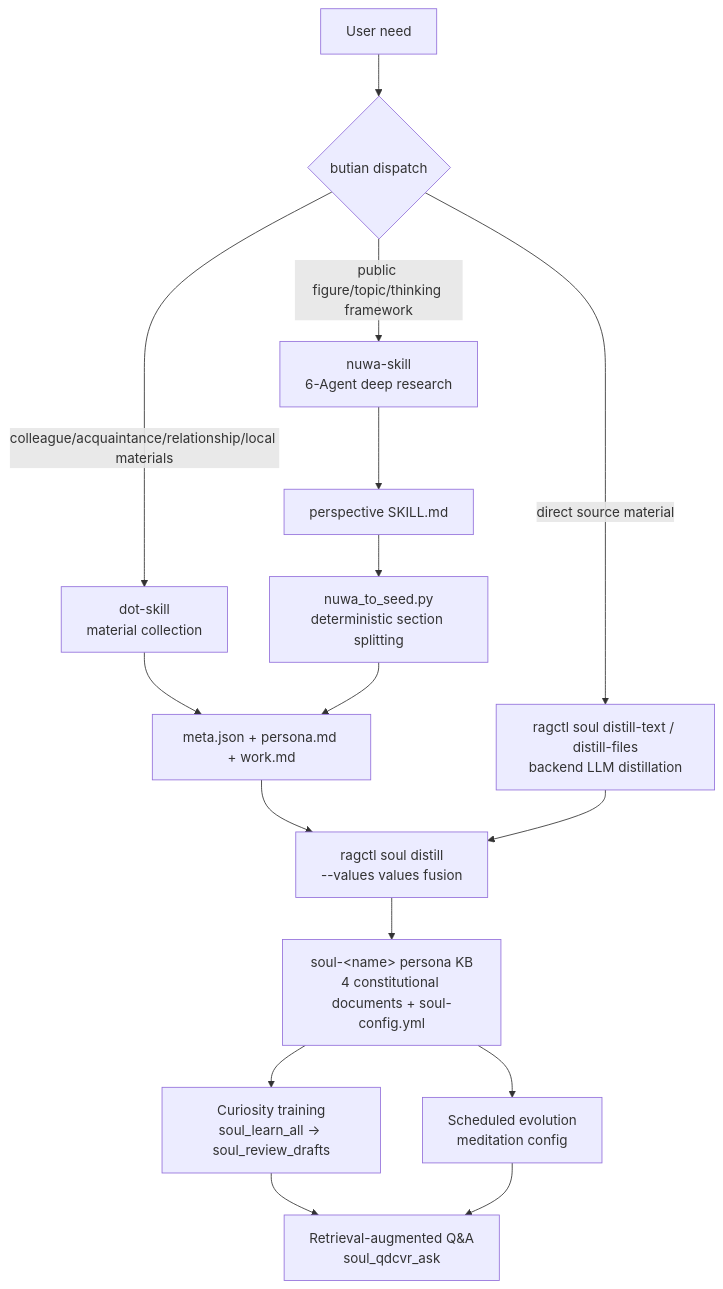
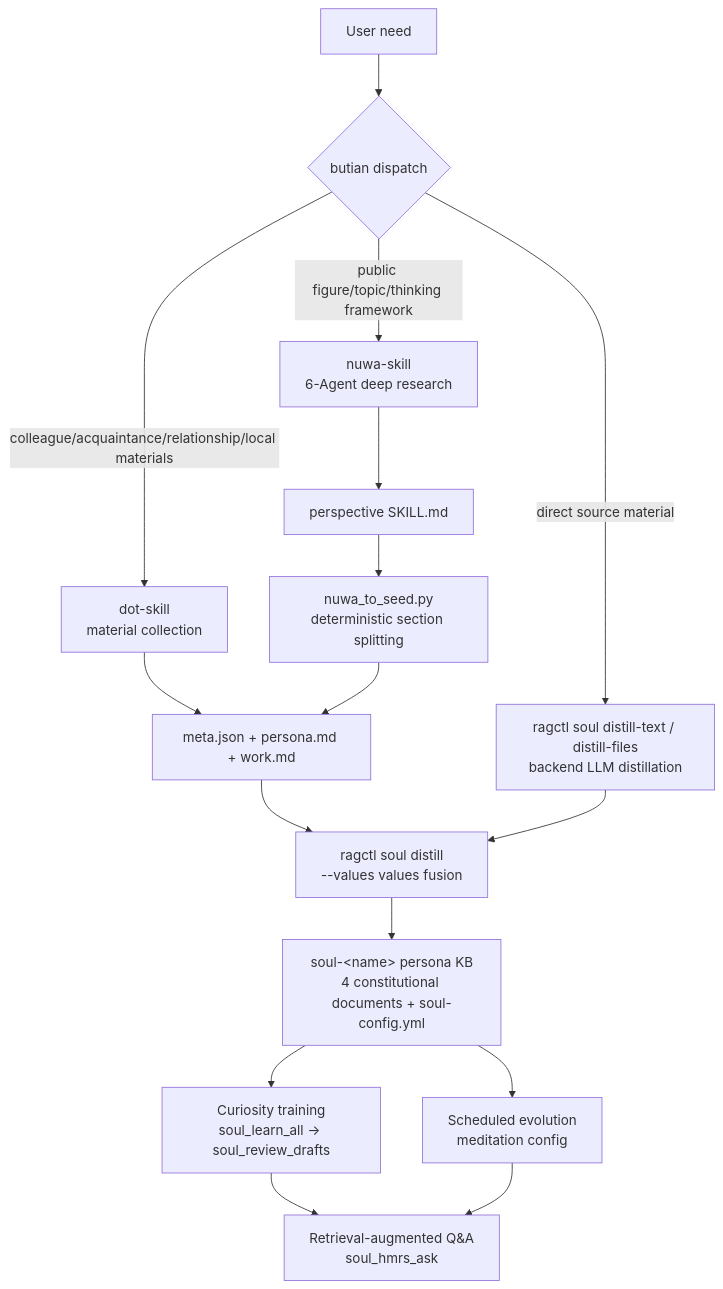
The diagram in .claude/skills/butian/references/butian-architecture.md (kingdol666/rag-knowledge), drawn with Mermaid before and after one commit. The commit also changed 898 other files, not shown here.

````diff
--- a/.claude/skills/butian/references/butian-architecture.md
+++ b/.claude/skills/butian/references/butian-architecture.md
@@ -33,18 +33,18 @@
 ```mermaid
 flowchart TD
     R[User need] --> B{butian dispatch}
     B -->|public figure/topic/thinking framework| N[nuwa-skill<br/>6-Agent deep research]
     B -->|colleague/acquaintance/relationship/local materials| D[dot-skill<br/>material collection]
     B -->|direct source material| T[ragctl soul distill-text / distill-files<br/>backend LLM distillation]
     N --> SK[perspective SKILL.md]
     SK --> C[nuwa_to_seed.py<br/>deterministic section splitting]
     D --> SD[meta.json + persona.md + work.md]
     C --> SD
     SD --> RG[ragctl soul distill<br/>--values values fusion]
     T --> RG
     RG --> SOUL[soul-&lt;name&gt; persona KB<br/>4 constitutional documents + soul-config.yml]
     SOUL --> TR[Curiosity training<br/>soul_learn_all → soul_review_drafts]
     SOUL --> SCH[Scheduled evolution<br/>meditation config]
-    TR --> QA[Retrieval-augmented Q&A<br/>soul_qdcvr_ask]
+    TR --> QA[Retrieval-augmented Q&A<br/>soul_hmrs_ask]
     SCH --> QA
 ```
````
